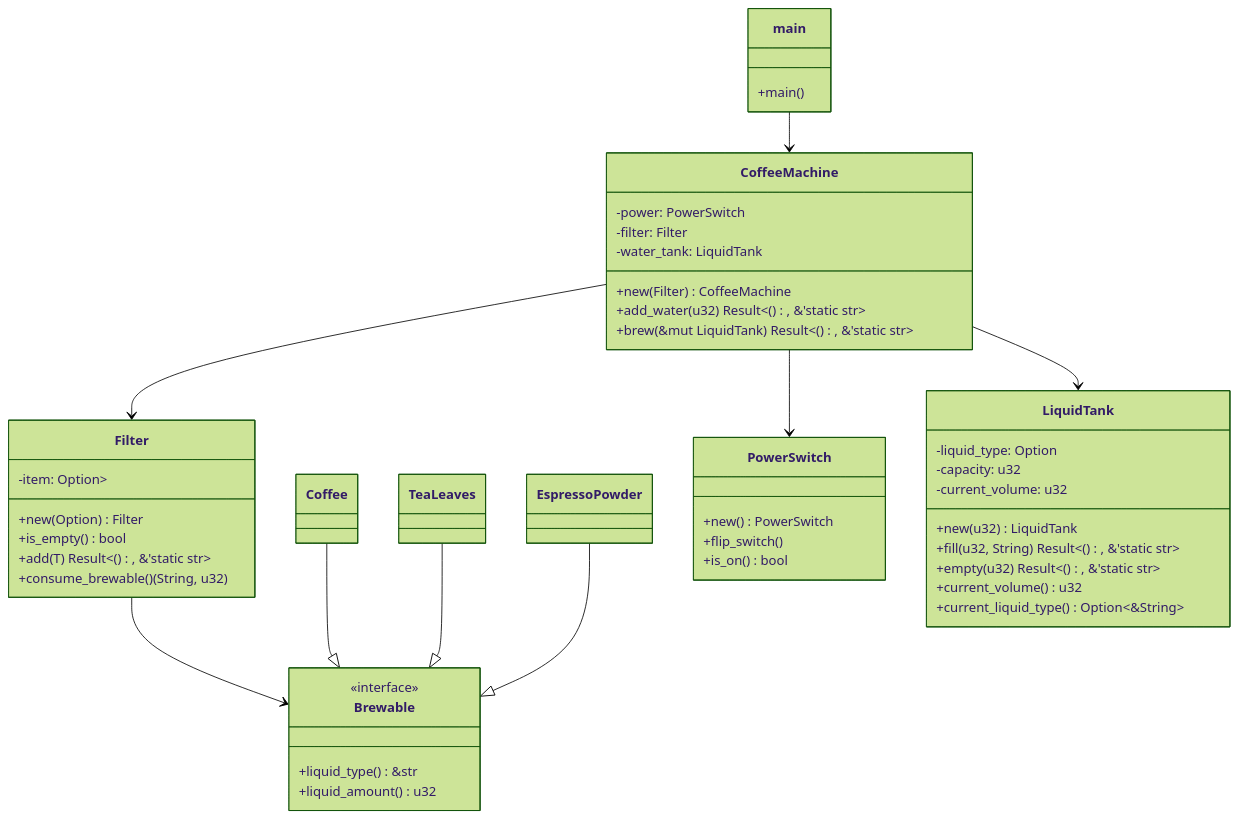
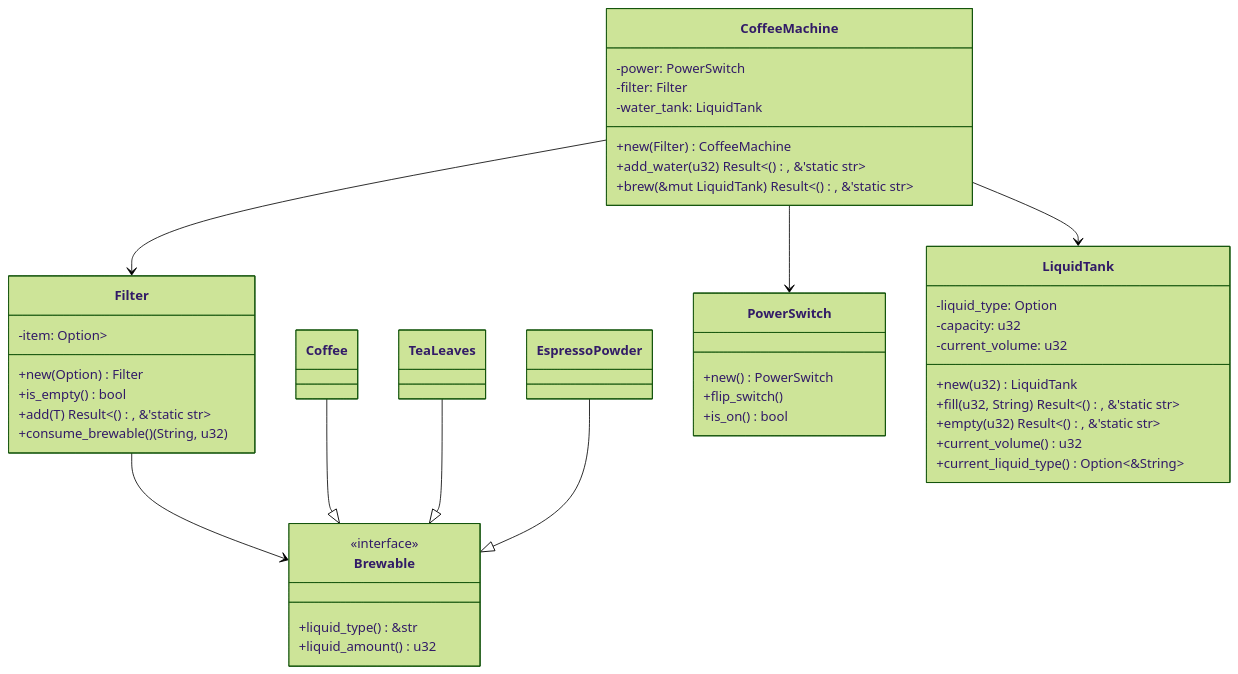
Before and after one commit to emils0/Rust-OOP: the diagram in coffee-machine/README.md, drawn with Mermaid (forest theme).

Commit message:
Fixed up diagram some more.

````diff
--- a/coffee-machine/README.md
+++ b/coffee-machine/README.md
@@ -3,59 +3,55 @@
 ```mermaid
 classDiagram
-    class main{
-        +main()
-    }
-
     class CoffeeMachine{
         +new(Filter) CoffeeMachine
         +add_water(u32) Result<(), &'static str>
         +brew(&mut LiquidTank) Result<(), &'static str>
         -power: PowerSwitch
         -filter: Filter
         -water_tank: LiquidTank
     }
 
     class Brewable{
         <<interface>>
         +liquid_type() &str
         +liquid_amount() u32
     }
 
     class Coffee{}
     class TeaLeaves{}
     class EspressoPowder{}
 
     class Filter{
         +new(Option<T>) Filter
         +is_empty() bool
         +add(T) Result<(), &'static str>
         +consume_brewable() (String, u32)
         -item: Option<Box<dyn Brewable>>
     }
 
     class PowerSwitch{
         +new() PowerSwitch
         +flip_switch()
         +is_on() bool
     }
 
     class LiquidTank{
         +new(u32) LiquidTank
         +fill(u32, String) Result<(), &'static str>
         +empty(u32) Result<(), &'static str>
         +current_volume() u32
         +current_liquid_type() Option<&String>
         -liquid_type: Option<String>
         -capacity: u32
         -current_volume: u32
     }
 
-    main --> CoffeeMachine
     CoffeeMachine --> PowerSwitch
     CoffeeMachine --> Filter
     CoffeeMachine --> LiquidTank
     Filter --> Brewable
     Coffee --|> Brewable
     TeaLeaves --|> Brewable
     EspressoPowder --|> Brewable
+
 ```
````
